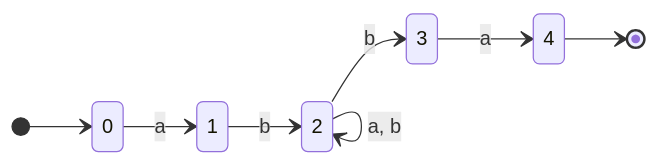
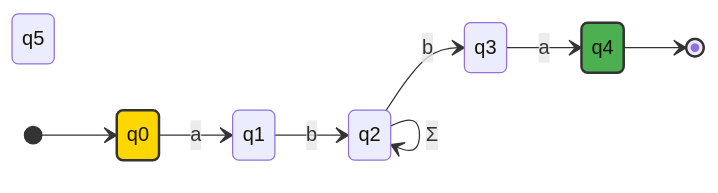
One commit to aarnphm/aarnphm.github.io changed the first of 4 diagrams in content/thoughts/university/twenty-three-twenty-four/sfwr-2fa3/NFA.md. Above: the diagram before and after it, drawn with Mermaid. The commit also changed other lines of this file and 487 other files, not shown here.

````diff
--- a/content/thoughts/university/twenty-three-twenty-four/sfwr-2fa3/NFA.md
+++ b/content/thoughts/university/twenty-three-twenty-four/sfwr-2fa3/NFA.md
@@ -31,11 +31,24 @@
 ```mermaid
 stateDiagram-v2
-  direction LR
-  [*] --> 0
-  0 --> 1 : a
-  1 --> 2 : b
-  2 --> 2 : a, b
-  2 --> 3 : b
-  3 --> 4 : a
-  4 --> [*]
+    direction LR
+    classDef accepting fill:#4CAF50,stroke:#333,stroke-width:2px
+    classDef start fill:#FFD700,stroke:#333,stroke-width:2px
+
+    s0: q0
+    s1: q1
+    s2: q2
+    s3: q3
+    s4: q4
+    s5: q5
+
+    [*] --> s0
+    s0 --> s1: a
+    s1 --> s2: b
+    s2 --> s2: Σ
+    s2 --> s3: b
+    s3 --> s4: a
+    s4 --> [*]
+
+    class s4 accepting
+    class s0 start
 ```
````
